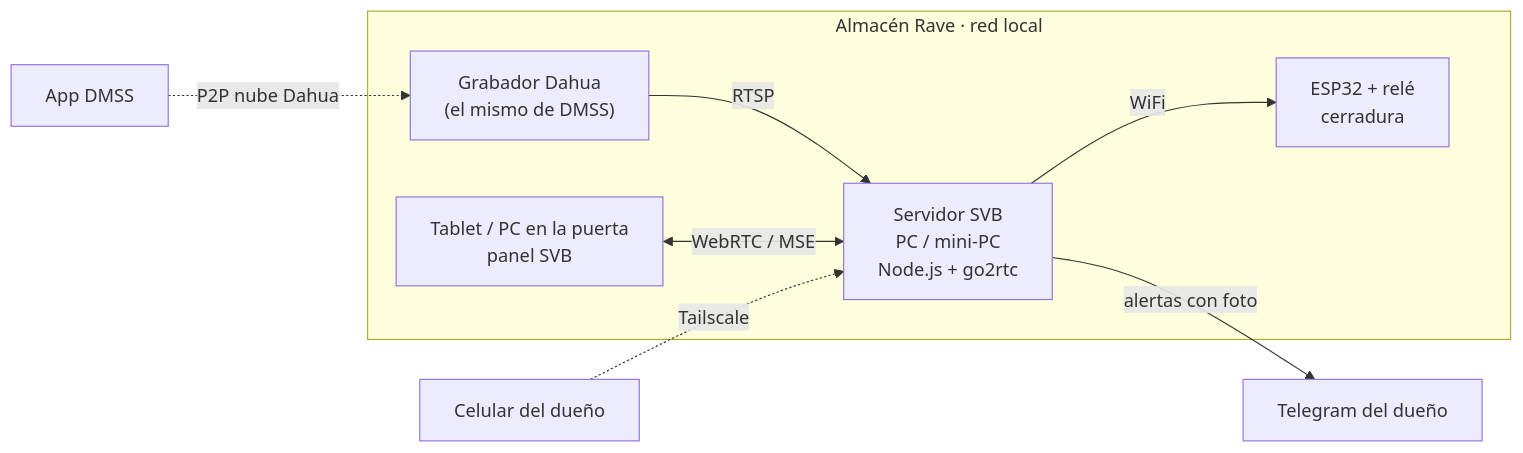
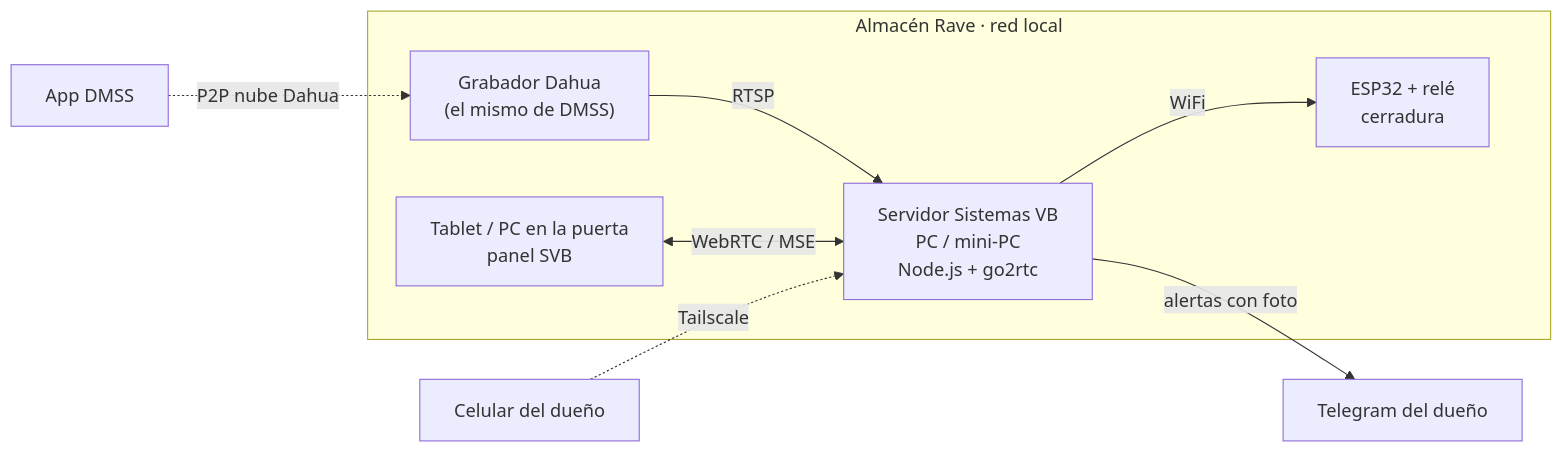
The first of 2 diagrams in README.md (raveholding/SVBSguridad), drawn with Mermaid before and after one commit. The commit also changed other lines of this file and 27 other files, not shown here.

````diff
--- a/README.md
+++ b/README.md
@@ -11,11 +13,11 @@
 ```mermaid
 flowchart LR
   subgraph LAN["Almacén Rave · red local"]
     DVR["Grabador Dahua<br/>(el mismo de DMSS)"] -- RTSP --> SRV
-    SRV["Servidor SVB<br/>PC / mini-PC<br/>Node.js + go2rtc"] -- WiFi --> ESP["ESP32 + relé<br/>cerradura"]
+    SRV["Servidor Sistemas VB<br/>PC / mini-PC<br/>Node.js + go2rtc"] -- WiFi --> ESP["ESP32 + relé<br/>cerradura"]
     TAB["Tablet / PC en la puerta<br/>panel SVB"] <-- "WebRTC / MSE" --> SRV
   end
   SRV -- "alertas con foto" --> TG["Telegram del dueño"]
   CEL["Celular del dueño"] -. Tailscale .-> SRV
   DMSS["App DMSS"] -. "P2P nube Dahua" .-> DVR
 ```
````
